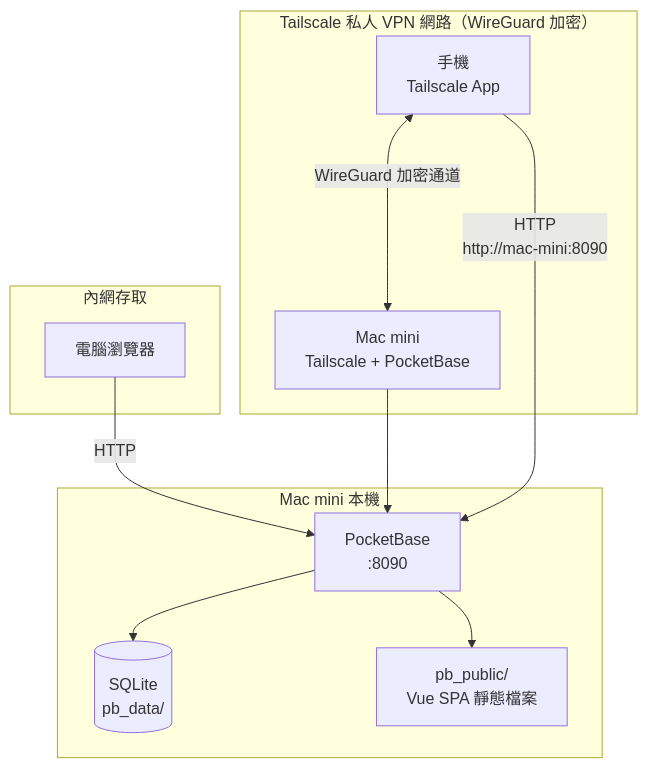
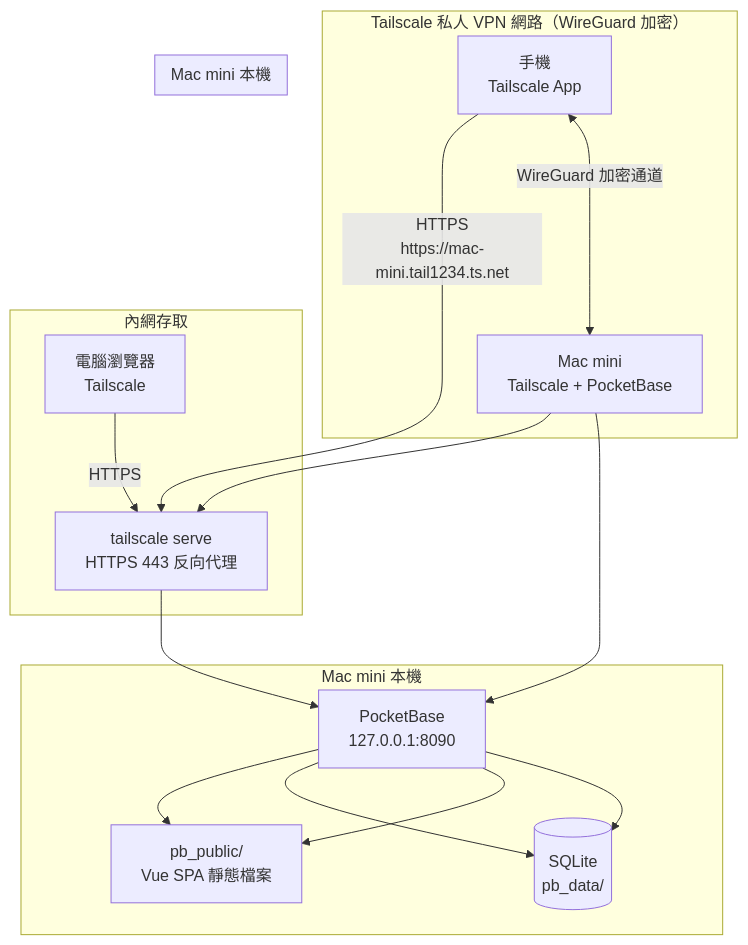
Before and after one commit to shaun-tsai826/WenDao: the first of 3 diagrams in .kiro/specs/home-erp/design.md, drawn with Mermaid. The commit also changed other lines of this file and 7 other files, not shown here.

````diff
--- a/.kiro/specs/home-erp/design.md
+++ b/.kiro/specs/home-erp/design.md
@@ -107,18 +109,25 @@
 ```mermaid
 graph TB
     subgraph "Tailscale 私人 VPN 網路（WireGuard 加密）"
         Phone[手機<br/>Tailscale App] <--->|WireGuard 加密通道| MacMini
     end
 
     subgraph "Mac mini 本機"
         MacMini[Mac mini<br/>Tailscale + PocketBase] --> PB[PocketBase<br/>:8090]
         PB --> SQLite[(SQLite<br/>pb_data/)]
         PB --> PBPublic[pb_public/<br/>Vue SPA 靜態檔案]
     end
 
     subgraph "內網存取"
-        Browser[電腦瀏覽器] -->|HTTP| PB
+        Browser[電腦瀏覽器<br/>Tailscale] -->|HTTPS| TSServe
     end
 
-    Phone -->|HTTP<br/>http://mac-mini:8090| PB
+    subgraph "Mac mini 本機"
+        MacMini[Mac mini<br/>Tailscale + PocketBase] --> TSServe[tailscale serve<br/>HTTPS 443 反向代理]
+        TSServe --> PB[PocketBase<br/>127.0.0.1:8090]
+        PB --> SQLite[(SQLite<br/>pb_data/)]
+        PB --> PBPublic[pb_public/<br/>Vue SPA 靜態檔案]
+    end
+
+    Phone -->|HTTPS<br/>https://mac-mini.tail1234.ts.net| TSServe
 ```
````
